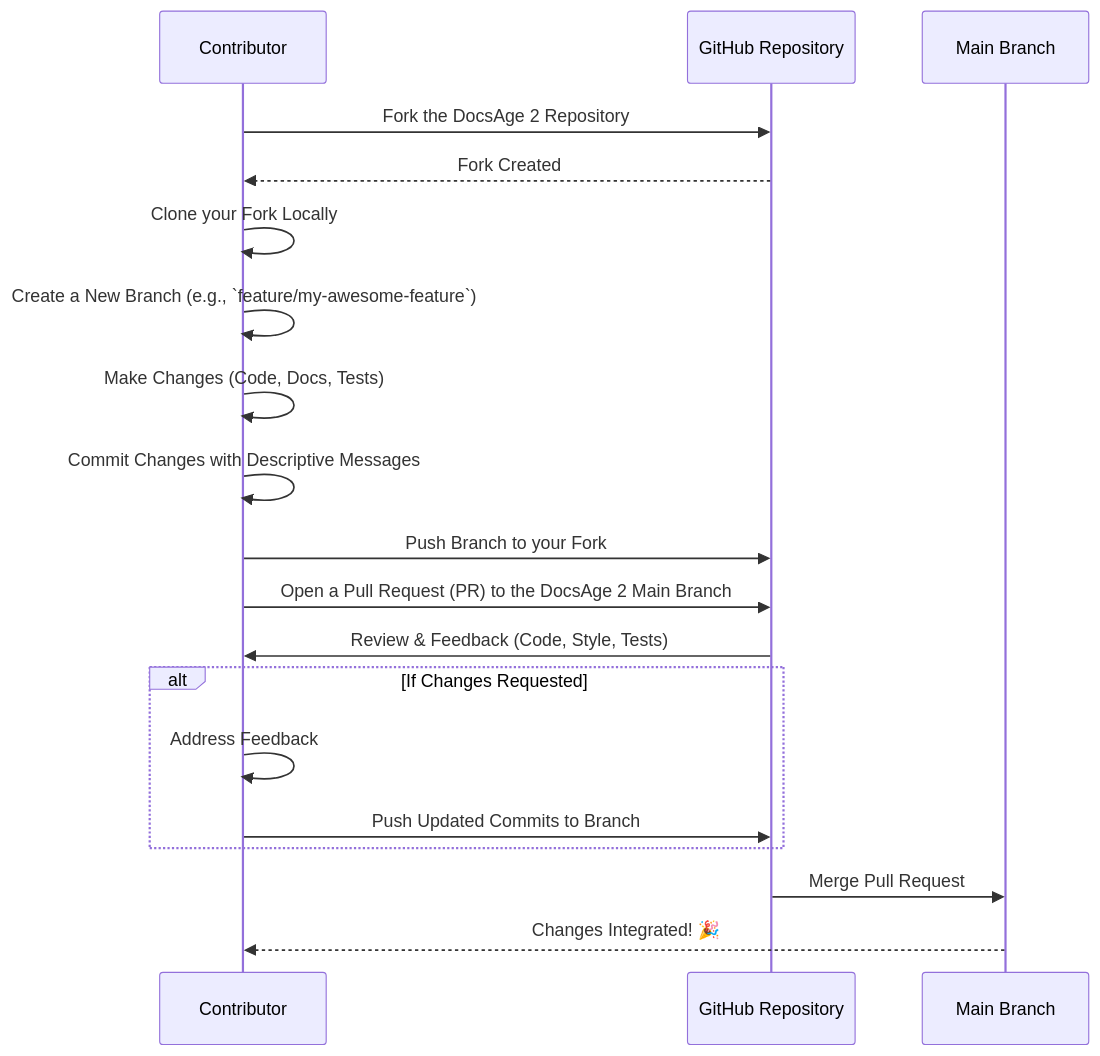
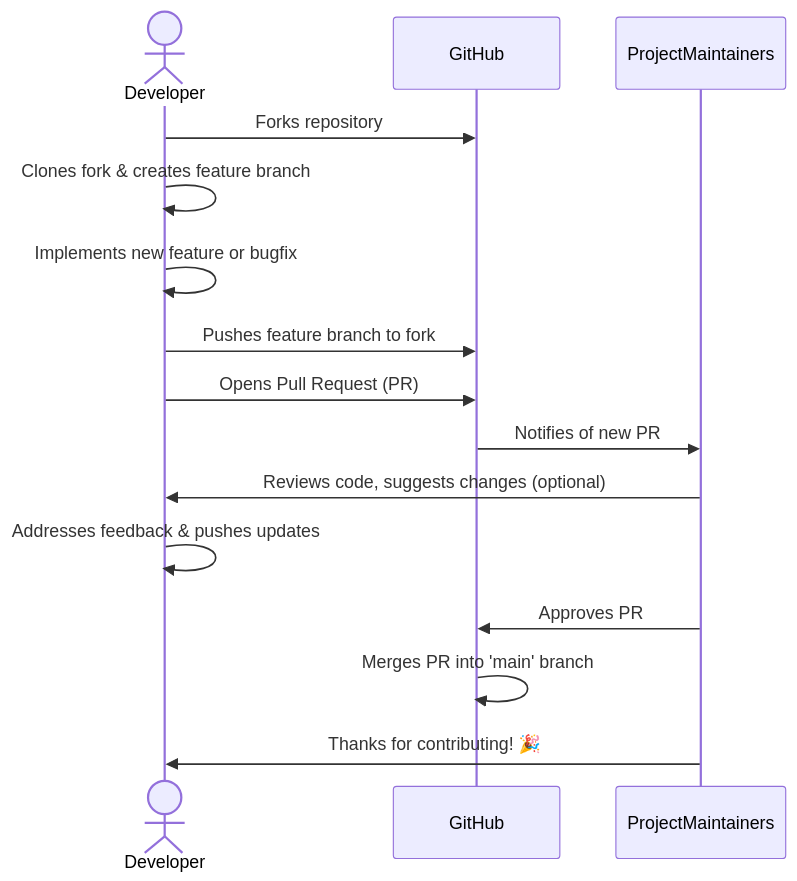
One commit to Owusu1946/docsagev2 changed the second of 2 diagrams in README.md. Above: the diagram before and after it, drawn with Mermaid. The commit also changed other lines of this file and 8 other files, not shown here.

````diff
--- a/README.md
+++ b/README.md
@@ -286,22 +318,17 @@
 ```mermaid
 sequenceDiagram
-    participant C as Contributor
-    participant G as GitHub Repository
-    participant M as Main Branch
-
-    C->>G: Fork the DocsAge 2 Repository
-    G-->>C: Fork Created
-    C->>C: Clone your Fork Locally
-    C->>C: Create a New Branch (e.g., `feature/my-awesome-feature`)
-    C->>C: Make Changes (Code, Docs, Tests)
-    C->>C: Commit Changes with Descriptive Messages
-    C->>G: Push Branch to your Fork
-    C->>G: Open a Pull Request (PR) to the DocsAge 2 Main Branch
-    G->>C: Review & Feedback (Code, Style, Tests)
-    alt If Changes Requested
-        C->>C: Address Feedback
-        C->>G: Push Updated Commits to Branch
-    end
-    G->>M: Merge Pull Request
-    M-->>C: Changes Integrated! 🎉
+    actor Developer
+    participant GitHub
+    participant ProjectMaintainers
+    Developer->>GitHub: Forks repository
+    Developer->>Developer: Clones fork & creates feature branch
+    Developer->>Developer: Implements new feature or bugfix
+    Developer->>GitHub: Pushes feature branch to fork
+    Developer->>GitHub: Opens Pull Request (PR)
+    GitHub->>ProjectMaintainers: Notifies of new PR
+    ProjectMaintainers->>Developer: Reviews code, suggests changes (optional)
+    Developer->>Developer: Addresses feedback & pushes updates
+    ProjectMaintainers->>GitHub: Approves PR
+    GitHub->>GitHub: Merges PR into 'main' branch
+    ProjectMaintainers->>Developer: Thanks for contributing! 🎉
 ```
````
